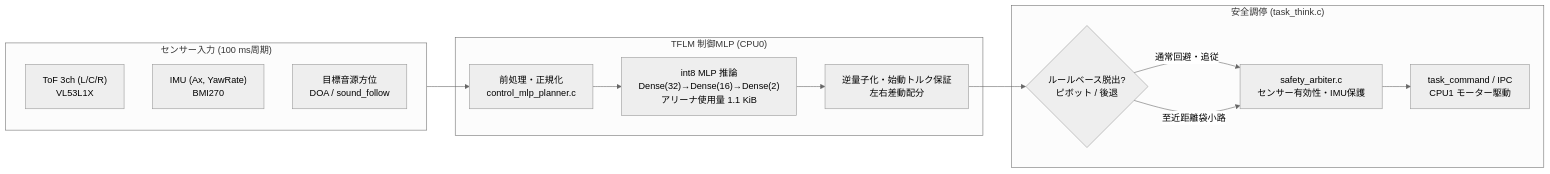
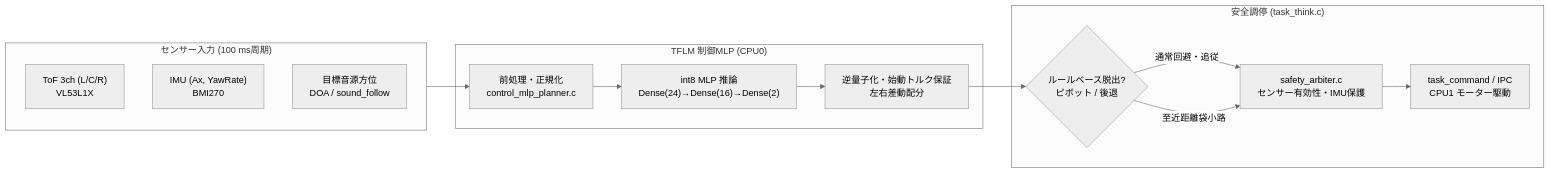
Before and after one commit to horned128/sound-exploration-rover: the diagram in docs/firmware/edgeai/control_mlp_avoidance.md, drawn with Mermaid (neutral theme). The commit also changed other lines of this file and 39 other files, not shown here.

````diff
--- a/docs/firmware/edgeai/control_mlp_avoidance.md
+++ b/docs/firmware/edgeai/control_mlp_avoidance.md
@@ -11,28 +11,28 @@
 ```mermaid
 graph LR
     subgraph Sensors ["センサー入力 (100 ms周期)"]
         TOF["ToF 3ch (L/C/R)<br/>VL53L1X"]
         IMU["IMU (Ax, YawRate)<br/>BMI270"]
         GOAL["目標音源方位<br/>DOA / sound_follow"]
     end
 
     subgraph MLP ["TFLM 制御MLP (CPU0)"]
         PRE["前処理・正規化<br/>control_mlp_planner.c"]
-        TFLM_CORE["int8 MLP 推論<br/>Dense(32)→Dense(16)→Dense(2)<br/>アリーナ使用量 1.1 KiB"]
+        TFLM_CORE["int8 MLP 推論<br/>Dense(24)→Dense(16)→Dense(2)"]
         POST["逆量子化・始動トルク保証<br/>左右差動配分"]
     end
 
     subgraph Safety ["安全調停 (task_think.c)"]
         ESCAPE{"ルールベース脱出?<br/>ピボット / 後退"}
         ARBITER["safety_arbiter.c<br/>センサー有効性・IMU保護"]
         CMD["task_command / IPC<br/>CPU1 モーター駆動"]
     end
 
     Sensors --> PRE
     PRE --> TFLM_CORE
     TFLM_CORE --> POST
     POST --> ESCAPE
     ESCAPE -- "通常回避・追従" --> ARBITER
     ESCAPE -- "至近距離袋小路" --> ARBITER
     ARBITER --> CMD
 ```
````
